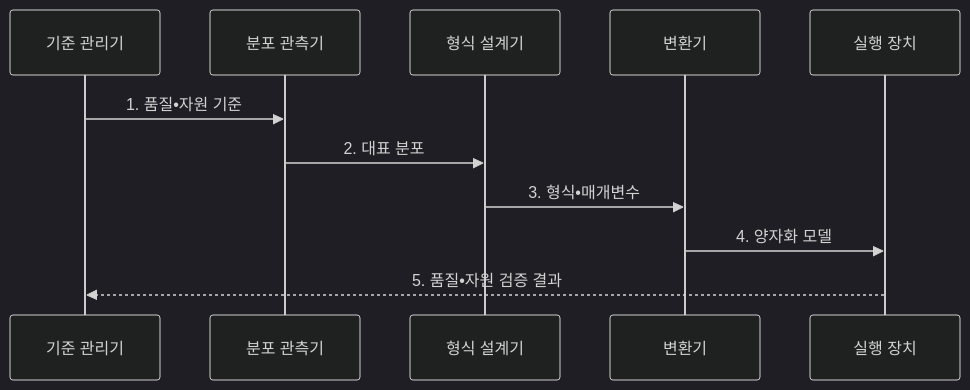
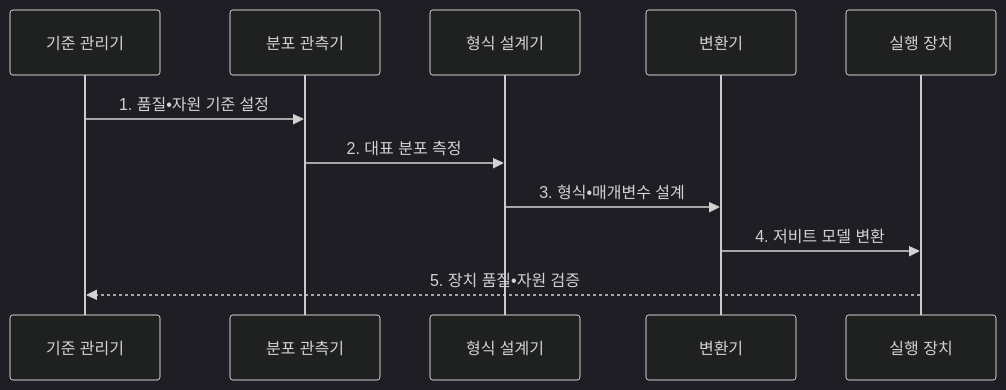
Before and after one commit to agnusdei1207/knowledge-base: the second of 2 diagrams in src/content/docs/notes/08-latest-tech/056_quantization.md, drawn with Mermaid (dark theme). The commit also changed other lines of this file and 15 other files, not shown here.

````diff
--- a/src/content/docs/notes/08-latest-tech/056_quantization.md
+++ b/src/content/docs/notes/08-latest-tech/056_quantization.md
@@ -107,13 +107,13 @@
 ```mermaid
 sequenceDiagram
   participant B as 기준 관리기
   participant E as 분포 관측기
   participant P as 형식 설계기
   participant Q as 변환기
   participant H as 실행 장치
-  B->>E: 1. 품질•자원 기준
-  E->>P: 2. 대표 분포
-  P->>Q: 3. 형식•매개변수
-  Q->>H: 4. 양자화 모델
-  H-->>B: 5. 품질•자원 검증 결과
+  B->>E: 1. 품질•자원 기준 설정
+  E->>P: 2. 대표 분포 측정
+  P->>Q: 3. 형식•매개변수 설계
+  Q->>H: 4. 저비트 모델 변환
+  H-->>B: 5. 장치 품질•자원 검증
 ```
````
